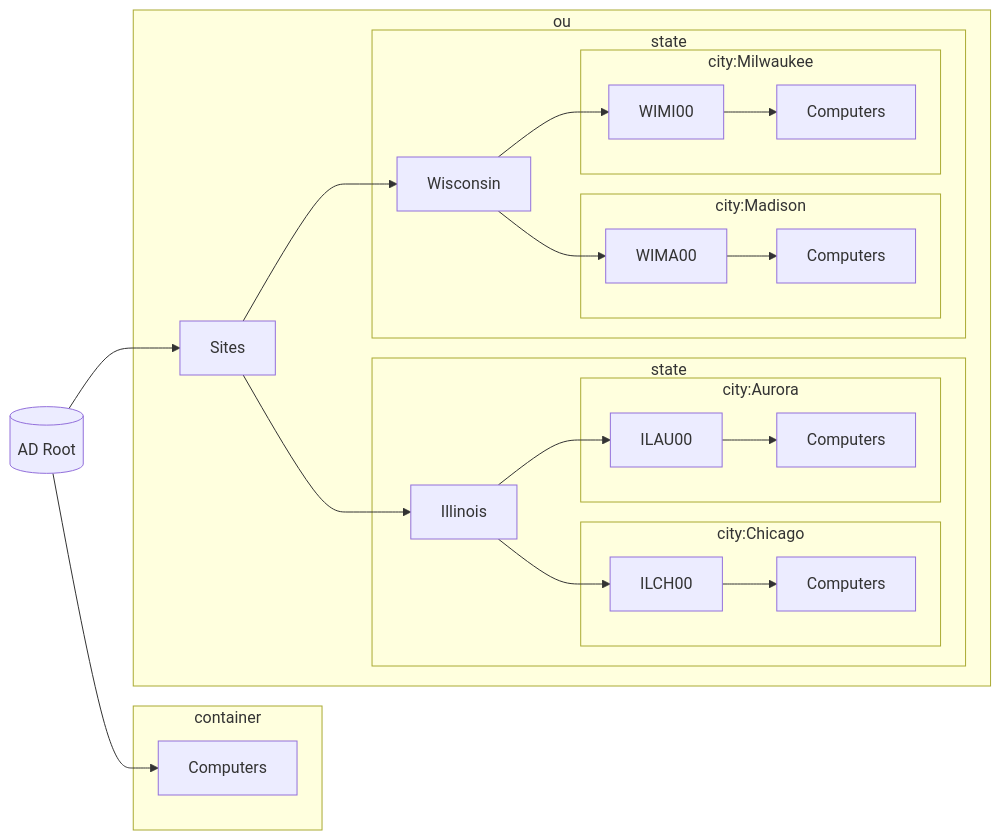
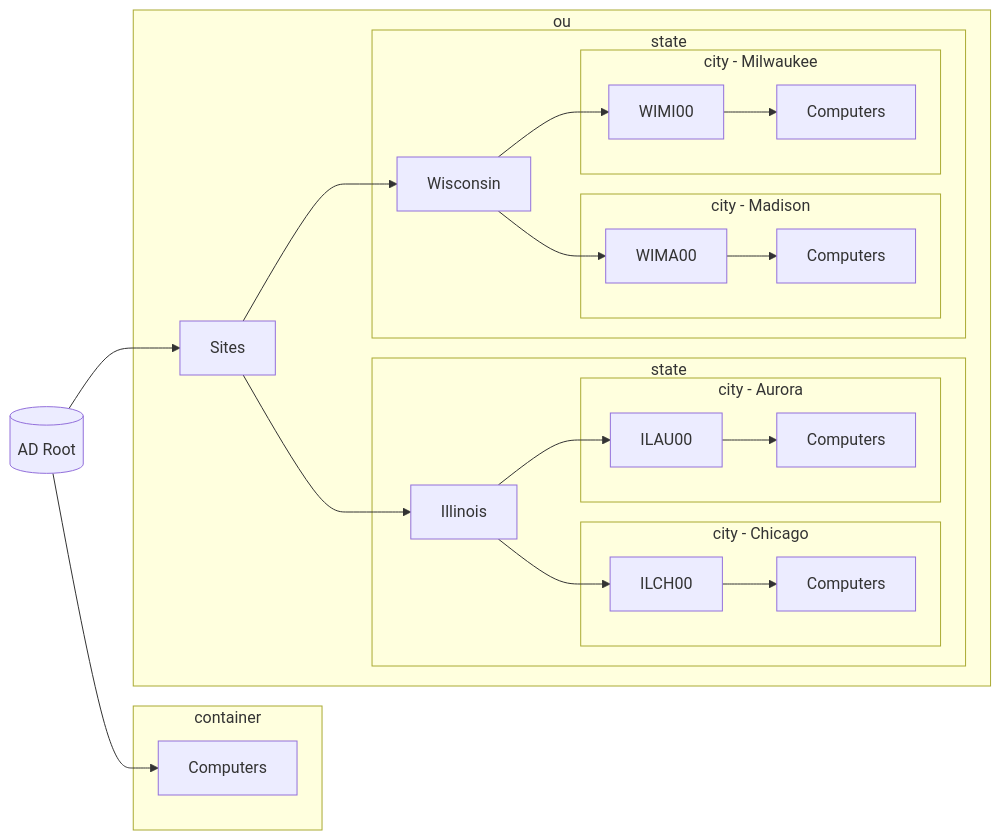
Before and after one commit to emerconnelly/sysadmin: the diagram in powershell-scripts/Move-ComputersByStateSiteCode/README.md, drawn with Mermaid.

````diff
--- a/powershell-scripts/Move-ComputersByStateSiteCode/README.md
+++ b/powershell-scripts/Move-ComputersByStateSiteCode/README.md
@@ -13,33 +13,33 @@
 ```mermaid
 flowchart LR
     ad1[(AD Root)]
     ad1 --> computers1[Computers]
         subgraph container1[container]
         computers1
         end
     ad1 --> Sites
         subgraph ou1[ou]
         Sites --> Illinois
             subgraph state1[state]
             Illinois --> ILCH00
-                subgraph city1[city:Chicago]
+                subgraph city1[city - Chicago]
                 ILCH00 --> computer1[Computers]
                 end
             Illinois --> ILAU00
-                subgraph city2[city:Aurora]
+                subgraph city2[city - Aurora]
                 ILAU00 --> computer2[Computers]
                 end
             end
         Sites --> Wisconsin
             subgraph state2[state]
             Wisconsin --> WIMA00
-                subgraph city3[city:Madison]
+                subgraph city3[city - Madison]
                 WIMA00 --> computer3[Computers]
                 end
             Wisconsin --> WIMI00
-                subgraph city4[city:Milwaukee]
+                subgraph city4[city - Milwaukee]
                 WIMI00 --> computer4[Computers]
                 end
             end
         end
 ```
````
